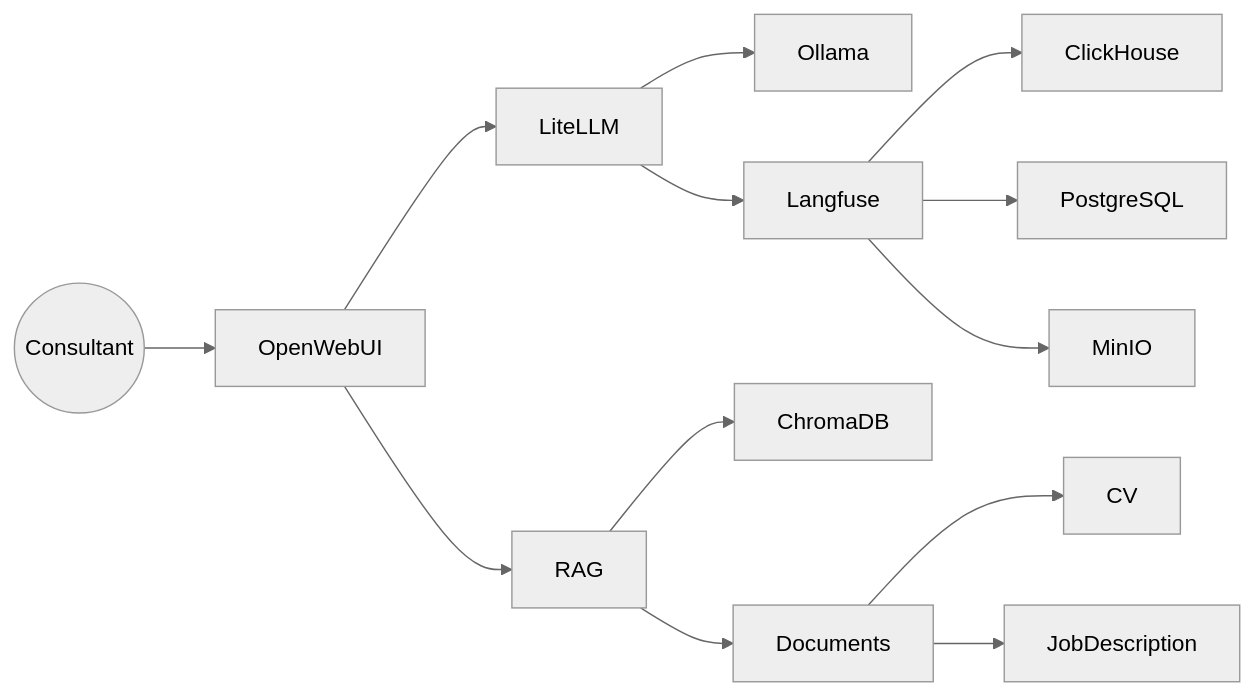
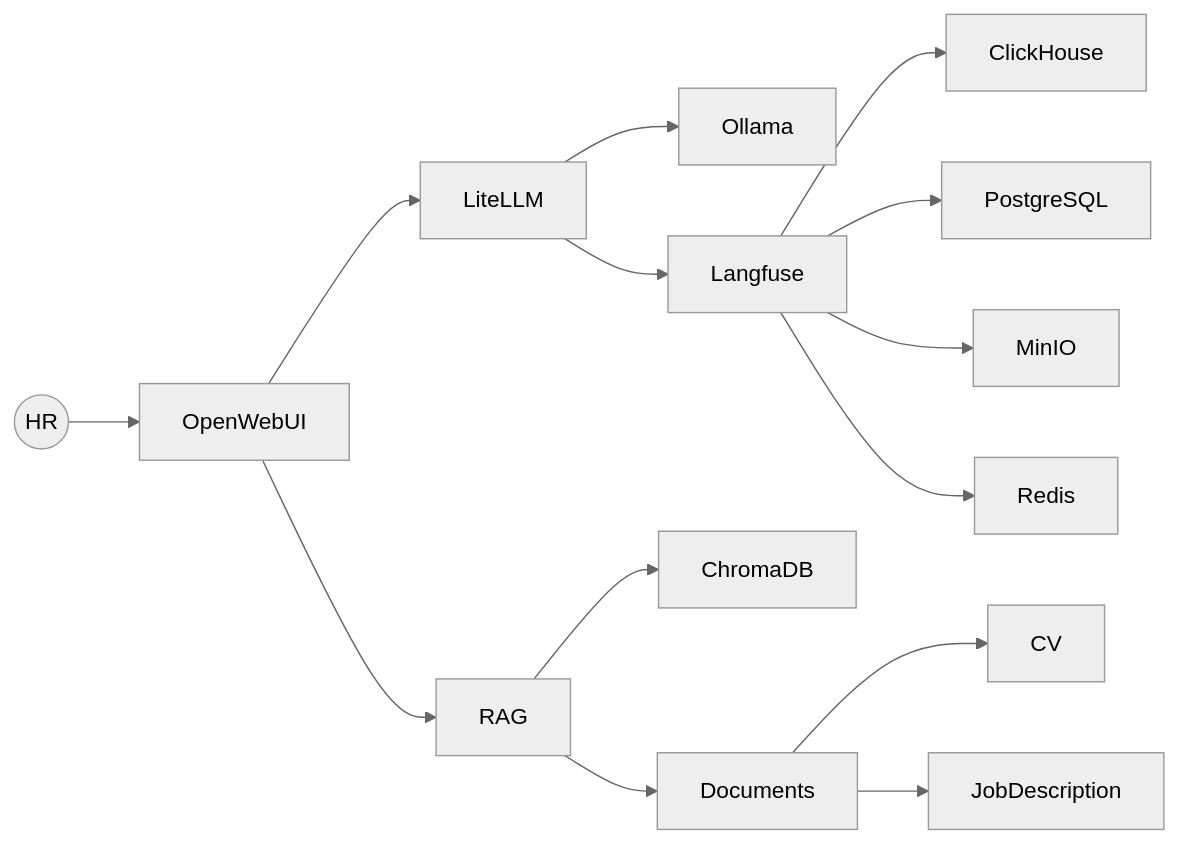
Before and after one commit to AlbanAndrieu/thiga-ai: the first of 4 diagrams in docs/02-architecture.md, drawn with Mermaid (neutral theme). The commit also changed other lines of this file and 24 other files, not shown here.

````diff
--- a/docs/02-architecture.md
+++ b/docs/02-architecture.md
@@ -37,26 +37,27 @@
 ```mermaid
 flowchart LR
 
-User((Consultant))
+User((HR))
 
 User --> OpenWebUI
 
 OpenWebUI --> LiteLLM
 
 LiteLLM --> Ollama
 
 LiteLLM --> Langfuse
 
 OpenWebUI --> RAG
 
 RAG --> ChromaDB
 
 RAG --> Documents
 
 Documents --> CV
 Documents --> JobDescription
 
 Langfuse --> ClickHouse
 Langfuse --> PostgreSQL
 Langfuse --> MinIO
+Langfuse --> Redis
 ```
````
